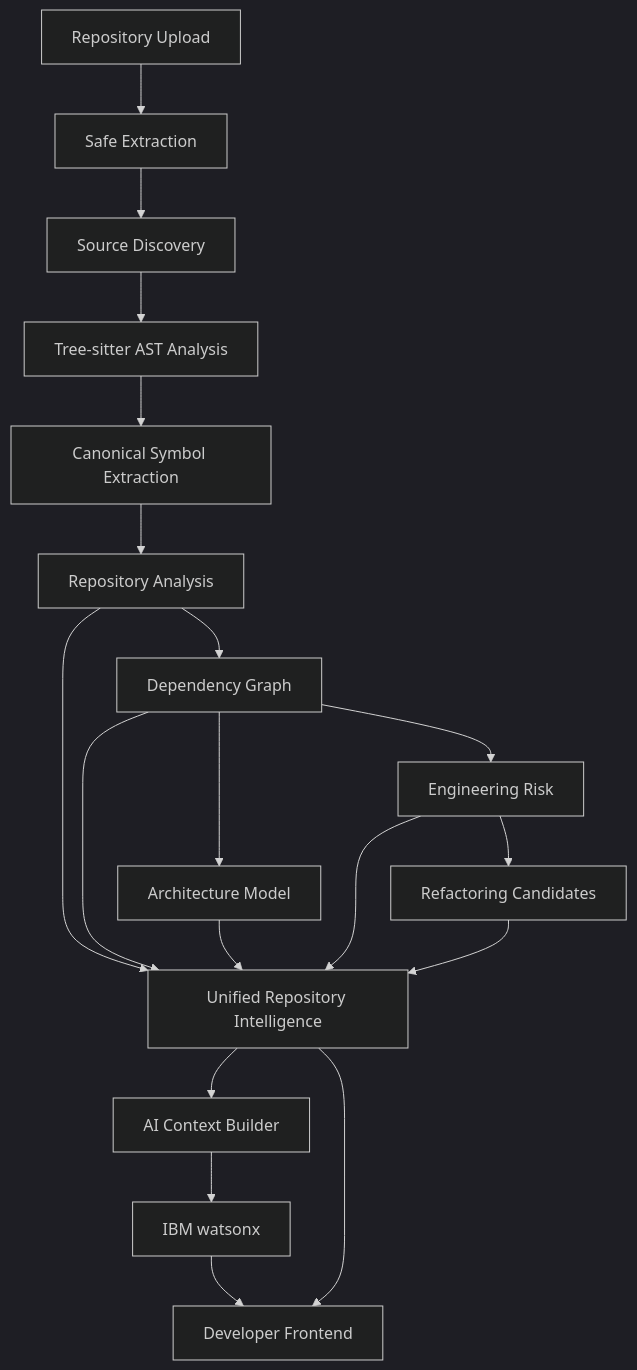
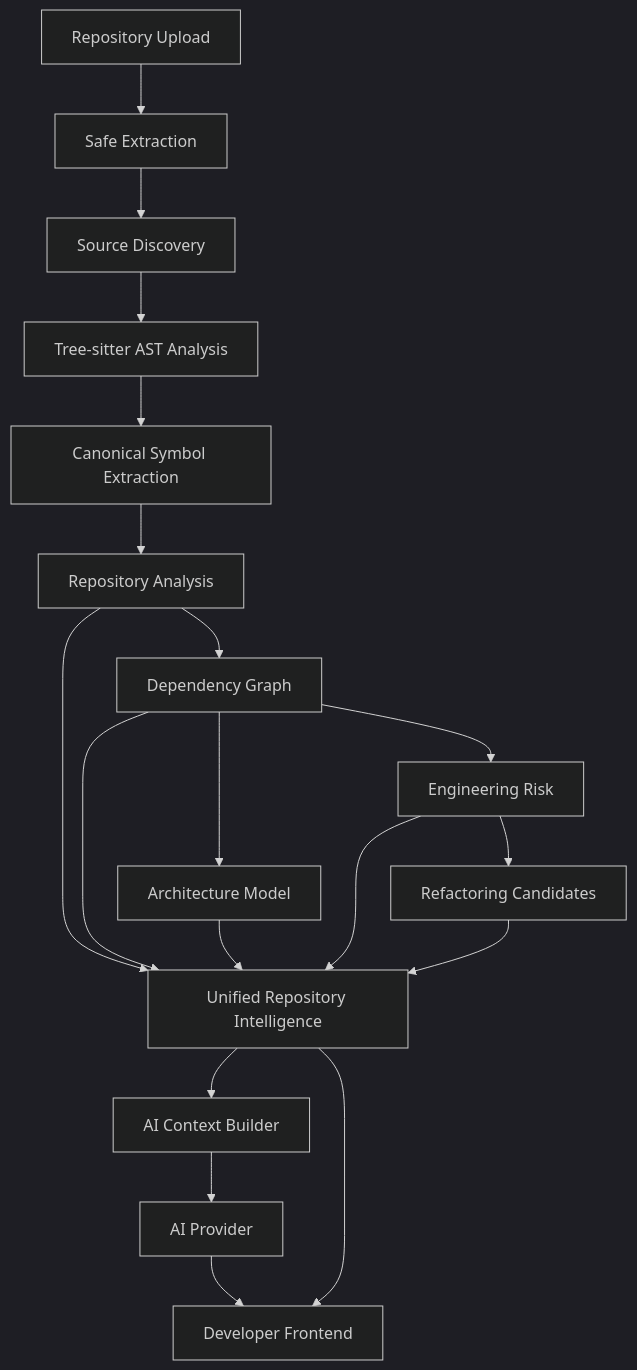
The diagram in README.md (KoushikGit2024/CodeLens), drawn with Mermaid (dark theme) before and after one commit. The commit also changed other lines of this file and 45 other files, not shown here.

Commit message:
Improved Schemantic search

````diff
--- a/README.md
+++ b/README.md
@@ -23,20 +23,20 @@
 ```mermaid
 graph TD
     Upload[Repository Upload] --> Sandbox[Safe Extraction]
     Sandbox --> Discovery[Source Discovery]
     Discovery --> AST[Tree-sitter AST Analysis]
     AST --> Extraction[Canonical Symbol Extraction]
     Extraction --> Analysis[Repository Analysis]
     
     Analysis --> Graph[Dependency Graph]
     Graph --> Architecture[Architecture Model]
     Graph --> Risk[Engineering Risk]
     Risk --> Refactoring[Refactoring Candidates]
     
     Analysis & Graph & Architecture & Risk & Refactoring --> Dashboard[Unified Repository Intelligence]
     
     Dashboard --> Context[AI Context Builder]
-    Context --> Watsonx[IBM watsonx]
+    Context --> LLM[AI Provider]
     
-    Watsonx & Dashboard --> UI[Developer Frontend]
+    LLM & Dashboard --> UI[Developer Frontend]
 ```
````
